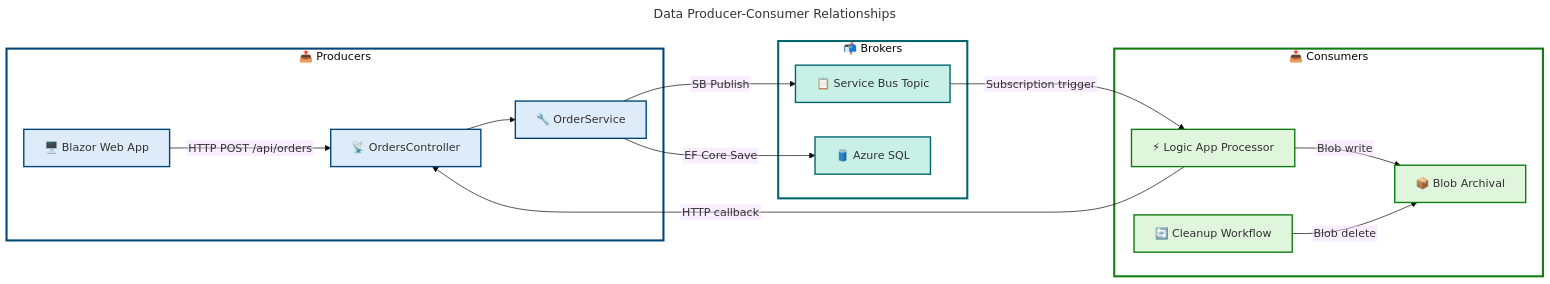
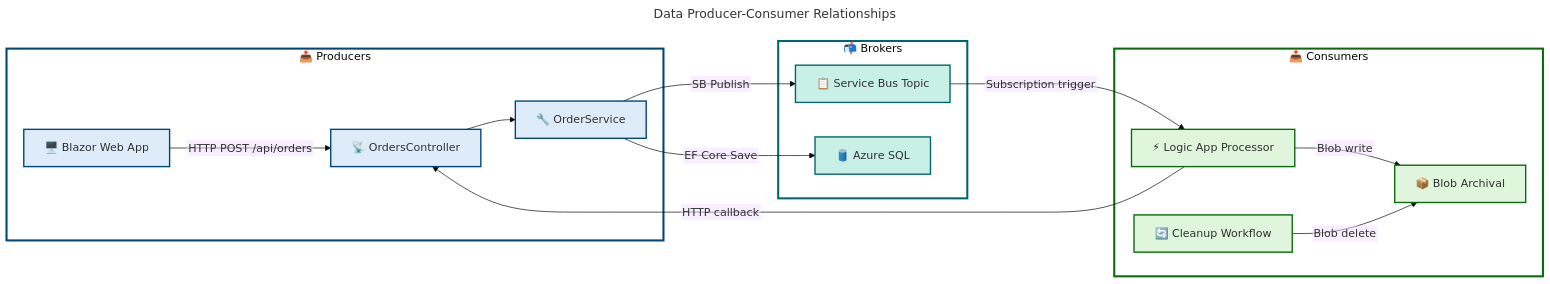
The fourth of 4 diagrams in docs/architecture/Data-Layer-Architecture.md (Evilazaro/Azure-LogicApps-Monitoring), drawn with Mermaid before and after one commit. The commit also changed other lines of this file and 3 other files, not shown here.

Commit message:
docs: update color definitions in architecture diagrams for improved clarity and consistency

````diff
--- a/docs/architecture/Data-Layer-Architecture.md
+++ b/docs/architecture/Data-Layer-Architecture.md
@@ -819,61 +819,61 @@
 ```mermaid
 ---
 title: Data Producer-Consumer Relationships
 config:
   theme: base
   themeVariables:
     fontSize: '16px'
   flowchart:
     htmlLabels: false
 ---
 flowchart LR
     accTitle: Data Producer-Consumer Relationships
     accDescr: Shows data flow between producers and consumers in the order processing pipeline
 
     %% ═══════════════════════════════════════════════════════════════════════════
     %% AZURE / FLUENT ARCHITECTURE PATTERN v1.1
     %% (Semantic + Structural + Font + Accessibility Governance)
     %% ═══════════════════════════════════════════════════════════════════════════
     %% PHASE 1 - STRUCTURAL: LR direction, 3 subgraphs, flat topology
     %% PHASE 2 - SEMANTIC: 3 colors (azureBlue, presenceTeal, successGreen)
     %% PHASE 3 - FONT: Dark text #323130 on light backgrounds (WCAG AA)
     %% PHASE 4 - ACCESSIBILITY: accTitle/accDescr present, icons on all nodes
     %% PHASE 5 - STANDARD: v1.1 format, style directives for subgraphs
     %% ═══════════════════════════════════════════════════════════════════════════
 
     subgraph producers["📤 Producers"]
         WEB["🖥️ Blazor Web App"]:::azureBlue
         API_OUT["📡 OrdersController"]:::azureBlue
         SVC_OUT["🔧 OrderService"]:::azureBlue
     end
 
     subgraph brokers["📬 Brokers"]
         SB["📋 Service Bus Topic"]:::presenceTeal
         SQL["🛢️ Azure SQL"]:::presenceTeal
     end
 
     subgraph consumers["📥 Consumers"]
         LA["⚡ Logic App Processor"]:::successGreen
         BLOB["📦 Blob Archival"]:::successGreen
         CLEANUP["🔄 Cleanup Workflow"]:::successGreen
     end
 
     WEB -->|"HTTP POST /api/orders"| API_OUT
     API_OUT --> SVC_OUT
     SVC_OUT -->|"EF Core Save"| SQL
     SVC_OUT -->|"SB Publish"| SB
     SB -->|"Subscription trigger"| LA
     LA -->|"HTTP callback"| API_OUT
     LA -->|"Blob write"| BLOB
     CLEANUP -->|"Blob delete"| BLOB
 
     %% Centralized classDefs
     classDef azureBlue fill:#DEECF9,stroke:#004578,stroke-width:2px,color:#323130
     classDef presenceTeal fill:#C8F0E7,stroke:#00666B,stroke-width:2px,color:#323130
-    classDef successGreen fill:#DFF6DD,stroke:#107C10,stroke-width:2px,color:#323130
+    classDef successGreen fill:#DFF6DD,stroke:#0B6A0B,stroke-width:2px,color:#323130
 
     %% Centralized style directives for subgraphs
     style producers fill:#FFFFFF,stroke:#004578,stroke-width:3px
     style brokers fill:#FFFFFF,stroke:#00666B,stroke-width:3px
-    style consumers fill:#FFFFFF,stroke:#107C10,stroke-width:3px
+    style consumers fill:#FFFFFF,stroke:#0B6A0B,stroke-width:3px
 ```
````
